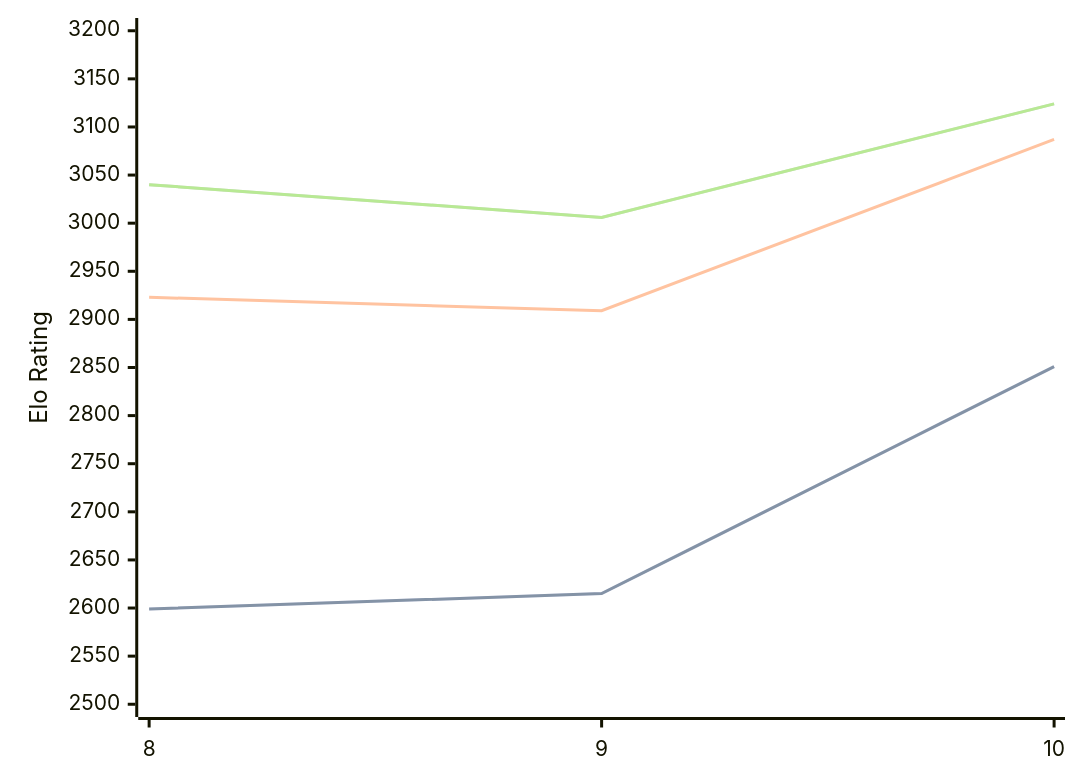
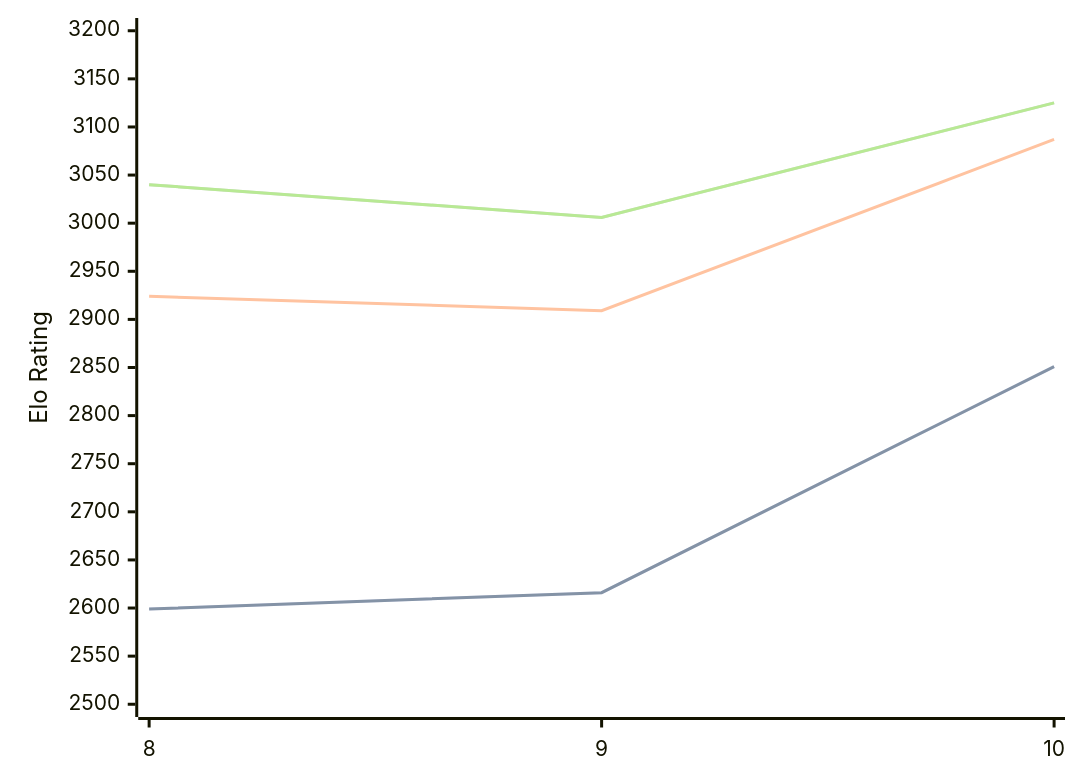
The diagram in engines/Lozza.md (computer-chess-index/cci), drawn with Mermaid before and after one commit. The commit also changed other lines of this file, not shown here.

Commit message:
Update CCI Ratings (ELO VLTC) - 2026-10-08

````diff
--- a/engines/Lozza.md
+++ b/engines/Lozza.md
@@ -33,11 +33,11 @@
 ```mermaid
 %%{init: {"theme":"base","themeVariables":{"seriesColors:['#a3a3a3','#222221','#faa371']}}}%%
 xychart-beta
   x-axis ["8", "9", "10"]
   y-axis "Elo Rating" 2500 --> 3200
-  line "" [2599, 2615, 2851]
-  line "STC (8.0+0.08s)" [2599, 2615, 2851]
-  line "LTC (60.0+0.60s)" [2923, 2909, 3087]
-  line "" [3040, 3006, 3124]
-  line "VLTC (2m24s+1.12s)" [3040, 3006, 3124]
+  line "" [2599, 2616, 2851]
+  line "STC (8.0+0.08s)" [2599, 2616, 2851]
+  line "LTC (60.0+0.60s)" [2924, 2909, 3087]
+  line "" [3040, 3006, 3125]
+  line "VLTC (2m24s+1.12s)" [3040, 3006, 3125]
 ```
````
